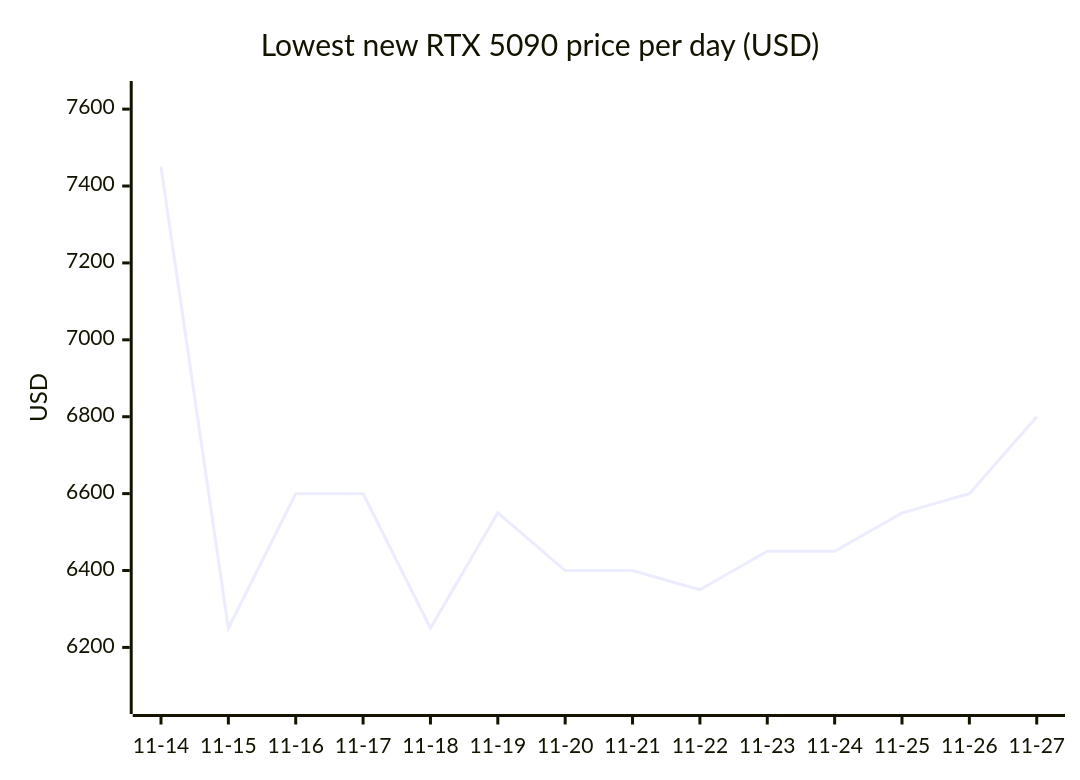
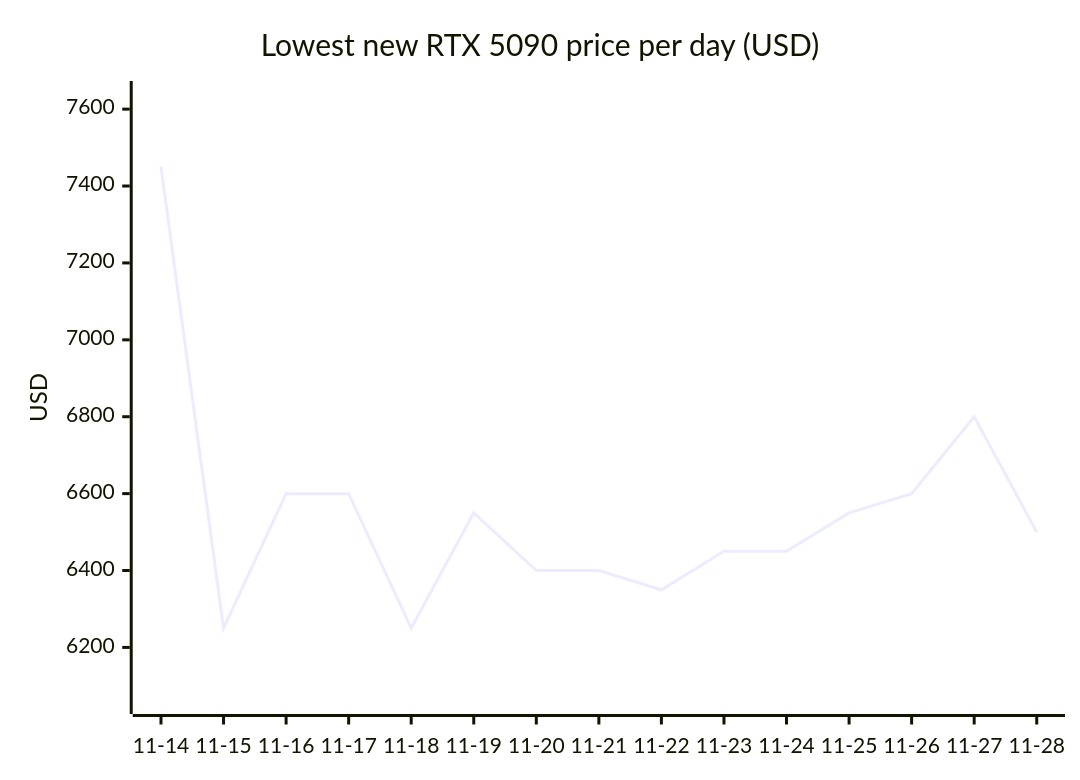
The sixth of 18 diagrams in README.md (7324136828/4tb_ssd_price_watch), drawn with Mermaid before and after one commit. The commit also changed other lines of this file, not shown here.

````diff
--- a/README.md
+++ b/README.md
@@ -1004,7 +1032,7 @@
 ```mermaid
 xychart-beta
     title "Lowest new RTX 5090 price per day (USD)"
-    x-axis ["11-14", "11-15", "11-16", "11-17", "11-18", "11-19", "11-20", "11-21", "11-22", "11-23", "11-24", "11-25", "11-26", "11-27"]
+    x-axis ["11-14", "11-15", "11-16", "11-17", "11-18", "11-19", "11-20", "11-21", "11-22", "11-23", "11-24", "11-25", "11-26", "11-27", "11-28"]
     y-axis "USD" 6060 --> 7640
-    line [7450.00, 6249.99, 6599.99, 6599.99, 6249.99, 6549.99, 6399.99, 6399.99, 6349.99, 6449.99, 6449.99, 6549.99, 6599.99, 6799.99]
+    line [7450.00, 6249.99, 6599.99, 6599.99, 6249.99, 6549.99, 6399.99, 6399.99, 6349.99, 6449.99, 6449.99, 6549.99, 6599.99, 6799.99, 6499.99]
 ```
````
